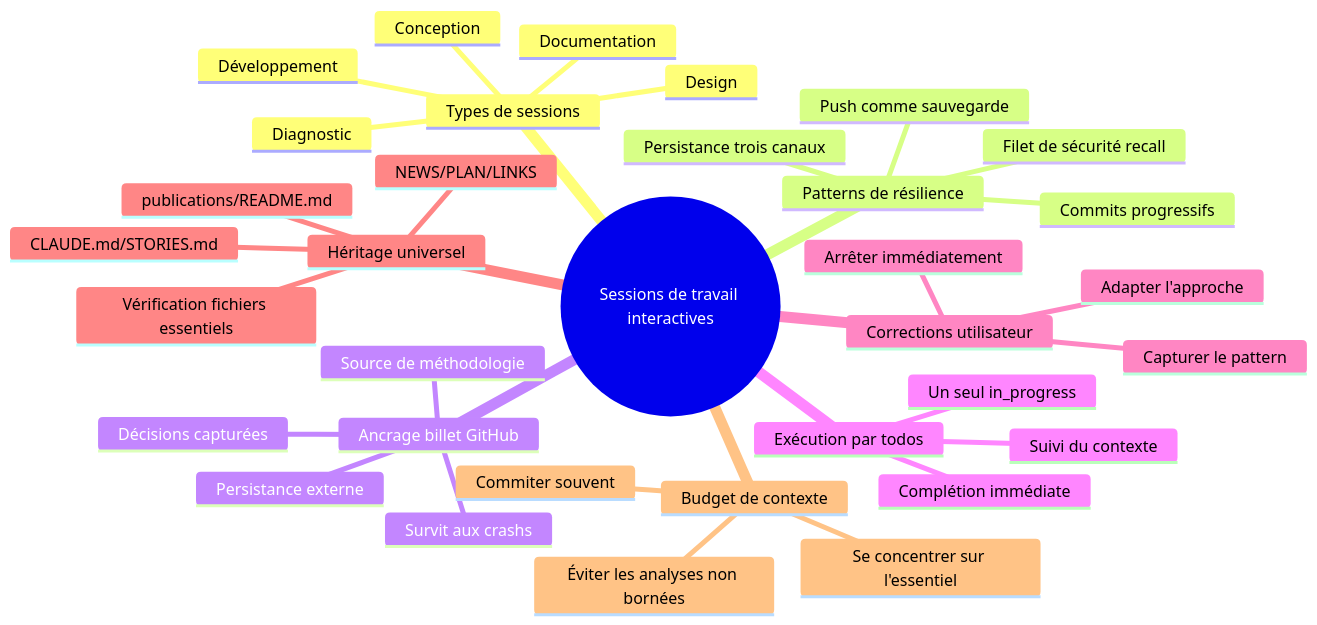
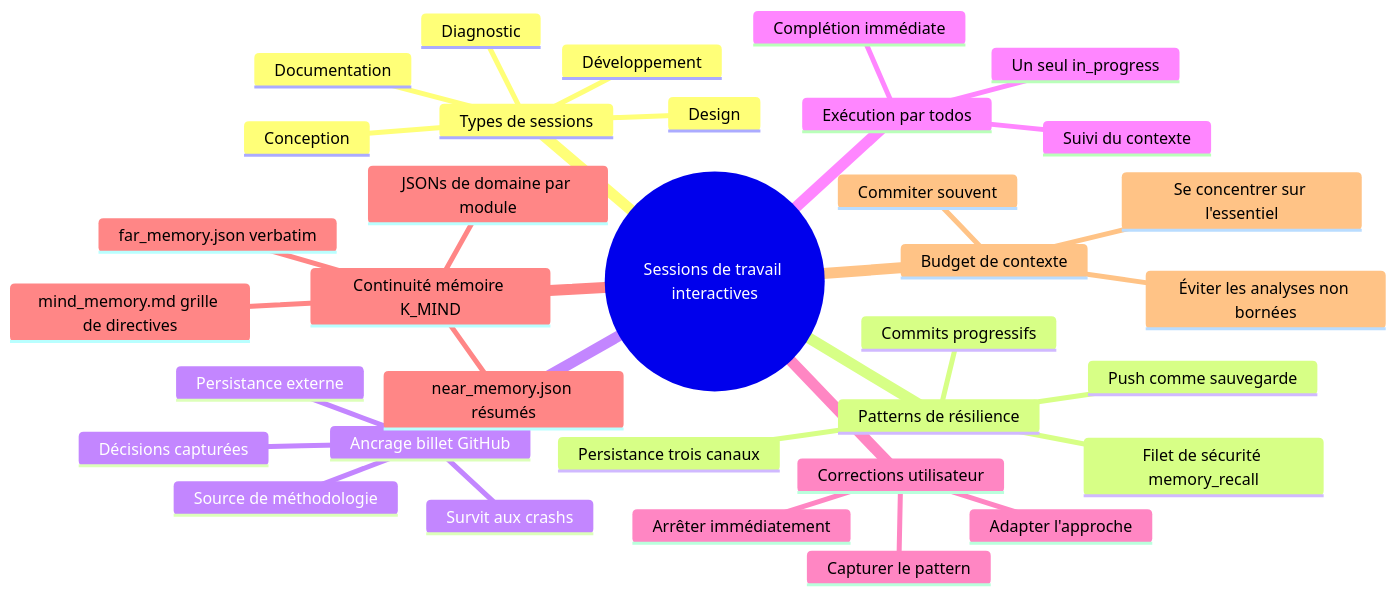
One commit to packetqc/K_DOCS changed the diagram in docs/fr/publications/interactive-work-sessions/index.md. Above: the diagram before and after it, drawn with Mermaid. The commit also changed 3 other files, not shown here.

First line of the commit message:
docs: update interactive-work-sessions mermaid to K2.0 architecture

````diff
--- a/docs/fr/publications/interactive-work-sessions/index.md
+++ b/docs/fr/publications/interactive-work-sessions/index.md
@@ -36,37 +36,37 @@
 ```mermaid
 mindmap
   root((Sessions de travail interactives))
     Types de sessions
       Diagnostic
       Documentation
       Design
       Développement
       Conception
     Patterns de résilience
       Commits progressifs
       Push comme sauvegarde
       Persistance trois canaux
-      Filet de sécurité recall
+      Filet de sécurité memory_recall
     Ancrage billet GitHub
       Persistance externe
       Décisions capturées
       Source de méthodologie
       Survit aux crashs
     Exécution par todos
       Un seul in_progress
       Complétion immédiate
       Suivi du contexte
     Corrections utilisateur
       Arrêter immédiatement
       Adapter l'approche
       Capturer le pattern
-    Héritage universel
-      Vérification fichiers essentiels
-      NEWS/PLAN/LINKS
-      CLAUDE.md/STORIES.md
-      publications/README.md
+    Continuité mémoire K_MIND
+      mind_memory.md grille de directives
+      near_memory.json résumés
+      far_memory.json verbatim
+      JSONs de domaine par module
     Budget de contexte
       Se concentrer sur l'essentiel
       Éviter les analyses non bornées
       Commiter souvent
 ```
````
